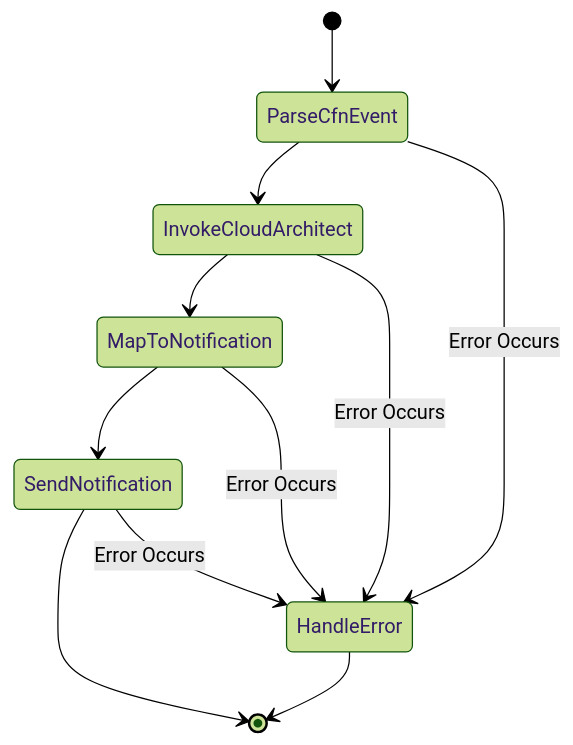
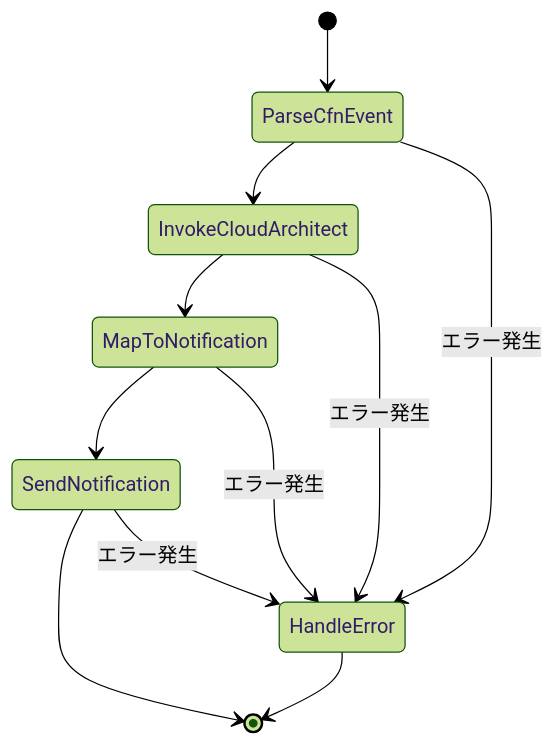
One commit to aws-samples/multi-agent-samples-jp changed the tenth of 10 diagrams in README.md. Above: the diagram before and after it, drawn with Mermaid (forest theme). The commit also changed other lines of this file and 2 other files, not shown here.

````diff
--- a/README.md
+++ b/README.md
@@ -352,15 +350,15 @@
 ```mermaid
 stateDiagram-v2
     [*] --> ParseCfnEvent
     ParseCfnEvent --> InvokeCloudArchitect
     InvokeCloudArchitect --> MapToNotification
     MapToNotification --> SendNotification
     SendNotification --> [*]
     
-    ParseCfnEvent --> HandleError: Error Occurs
-    InvokeCloudArchitect --> HandleError: Error Occurs
-    MapToNotification --> HandleError: Error Occurs
-    SendNotification --> HandleError: Error Occurs
+    ParseCfnEvent --> HandleError: エラー発生
+    InvokeCloudArchitect --> HandleError: エラー発生
+    MapToNotification --> HandleError: エラー発生
+    SendNotification --> HandleError: エラー発生
     
     HandleError --> [*]
 ```
````
